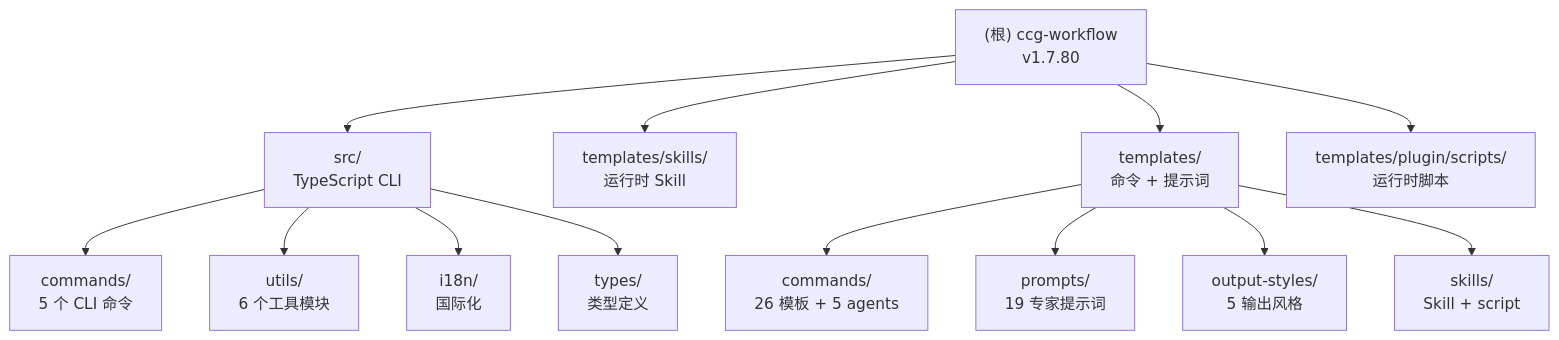
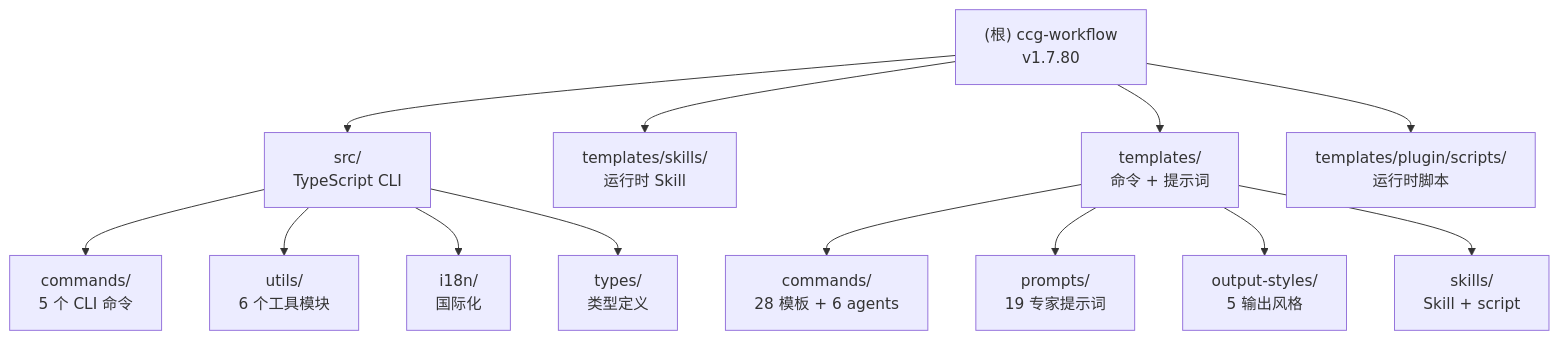
One commit to 13210541230/ccg-workflow changed the second of 2 diagrams in CLAUDE.md. Above: the diagram before and after it, drawn with Mermaid. The commit also changed other lines of this file and 2 other files, not shown here.

````diff
--- a/CLAUDE.md
+++ b/CLAUDE.md
@@ -154,20 +154,20 @@
 ```mermaid
 graph TD
     A["(根) ccg-workflow<br/>v1.7.80"] --> B["src/<br/>TypeScript CLI"]
     A --> C["templates/skills/<br/>运行时 Skill"]
     A --> D["templates/<br/>命令 + 提示词"]
     A --> E["templates/plugin/scripts/<br/>运行时脚本"]
 
     B --> B1["commands/<br/>5 个 CLI 命令"]
     B --> B2["utils/<br/>6 个工具模块"]
     B --> B3["i18n/<br/>国际化"]
     B --> B4["types/<br/>类型定义"]
 
-    D --> D1["commands/<br/>26 模板 + 5 agents"]
+    D --> D1["commands/<br/>28 模板 + 6 agents"]
     D --> D2["prompts/<br/>19 专家提示词"]
     D --> D3["output-styles/<br/>5 输出风格"]
     D --> D4["skills/<br/>Skill + script"]
 
     click B "./src/CLAUDE.md" "查看 CLI 模块文档"
     click D "./templates/CLAUDE.md" "查看 templates 模块文档"
 ```
````
